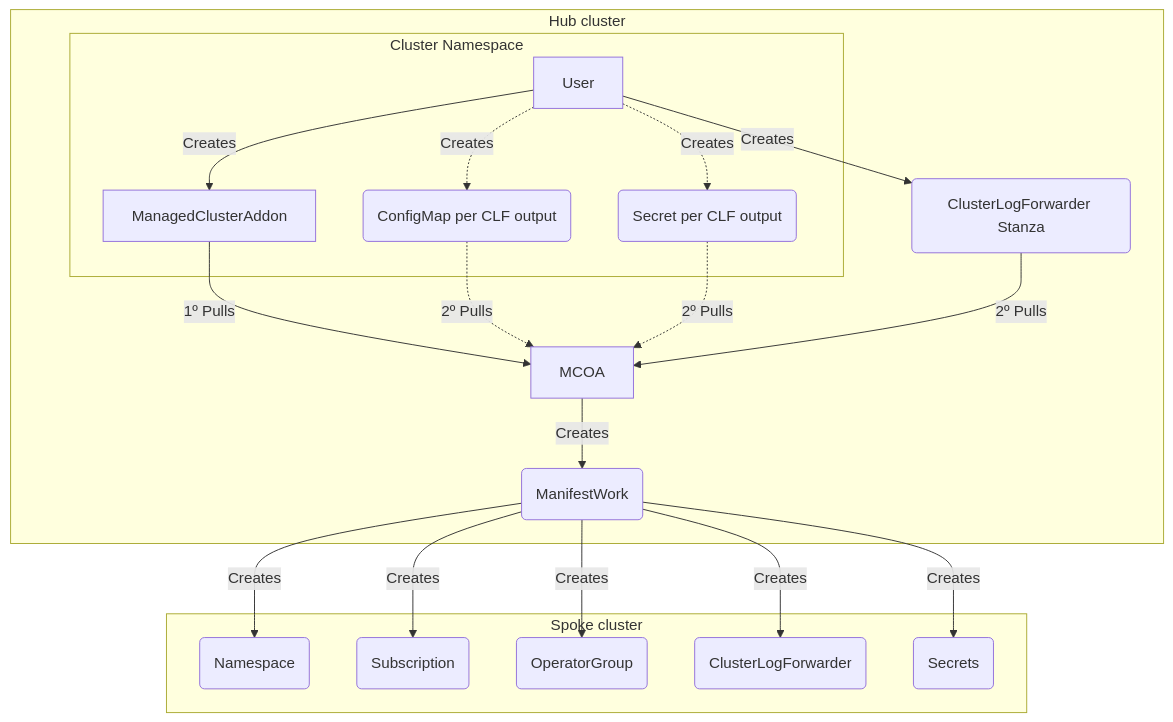
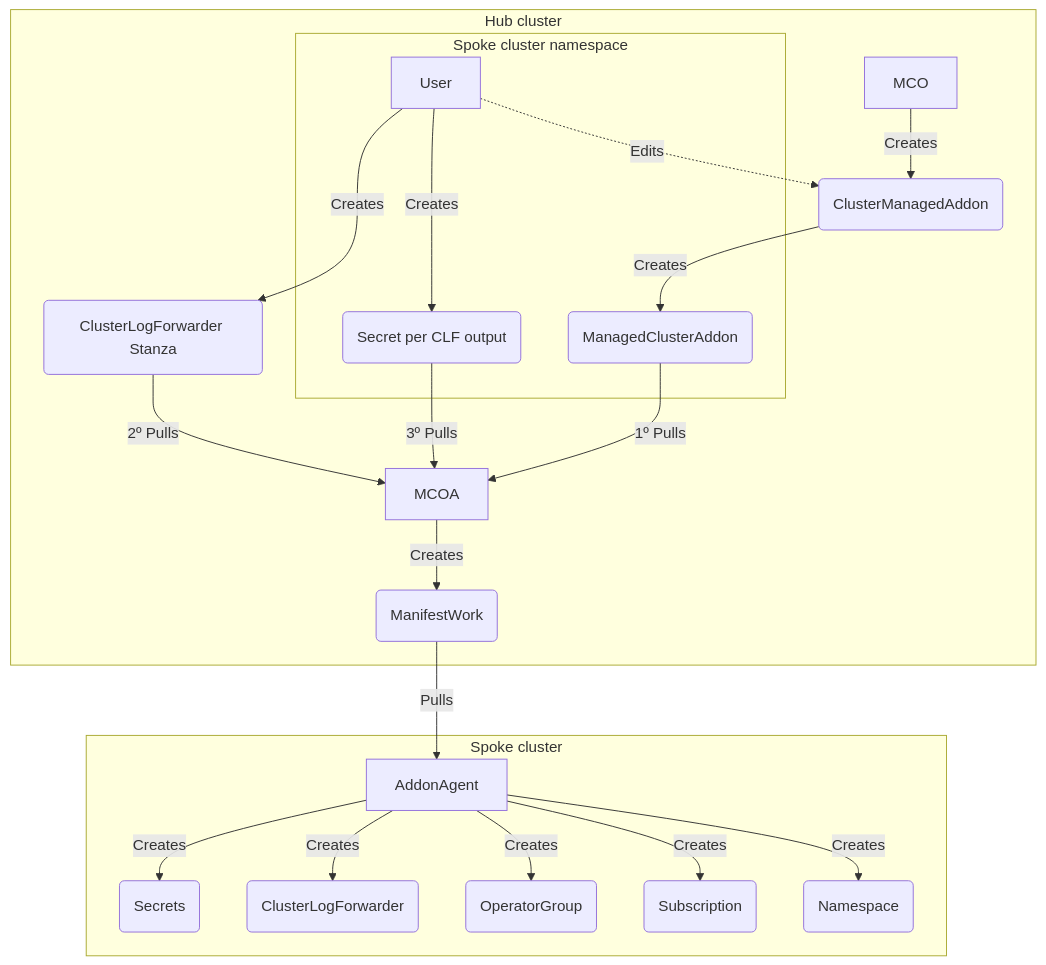
One commit to openshift/enhancements changed the first of 2 diagrams in enhancements/observability/multicluster-observability-addon.md. Above: the diagram before and after it, drawn with Mermaid. The commit also changed other lines of this file, not shown here.

````diff
--- a/enhancements/observability/multicluster-observability-addon.md
+++ b/enhancements/observability/multicluster-observability-addon.md
@@ -189,23 +215,25 @@
 ```mermaid
 flowchart TD
     subgraph Hub cluster 
-        subgraph Cluster Namespace
-        A[User] -->|Creates|B[ManagedClusterAddon]
-        A[User] -.->|Creates|D(ConfigMap per CLF output)
-        A[User] -.->|Creates|E(Secret per CLF output)
-        end 
-    A[User] -->|Creates|C(ClusterLogForwarder Stanza)
-    B -->|1º Pulls| K
-    C -->|2º Pulls| K
-    E -.->|2º Pulls| K
-    D -.->|2º Pulls| K
-    K[MCOA] -->|Creates| H(ManifestWork)   
+    A[MCO] --> |Creates| B
+    D[User] -.-> |Edits| B(ClusterManagedAddon)
+    B --> |Creates| C(ManagedClusterAddon)
+    subgraph Spoke cluster namespace
+        C
+        D[User] -->|Creates|F(Secret per CLF output)
     end
-    subgraph Spoke cluster 
-    H -->|Creates| F(Namespace)
-    H -->|Creates| G(Subscription)
-    H -->|Creates| I(OperatorGroup)
-    H -->|Creates| J(ClusterLogForwarder)
-    H -->|Creates| L(Secrets)
+    D -->|Creates| G(ClusterLogForwarder Stanza)
+    C -->|1º Pulls| H
+    G -->|2º Pulls| H
+    F -->|3º Pulls| H
+    H[MCOA] -->|Creates| I(ManifestWork)
+    end
+    subgraph Spoke cluster
+        I -->|Pulls| O
+        O[AddonAgent] -->|Creates| J(Namespace)
+        O -->|Creates| L(Subscription)
+        O -->|Creates| K(OperatorGroup)
+        O -->|Creates| M(ClusterLogForwarder)
+        O -->|Creates| N(Secrets)
     end
 ```
````
